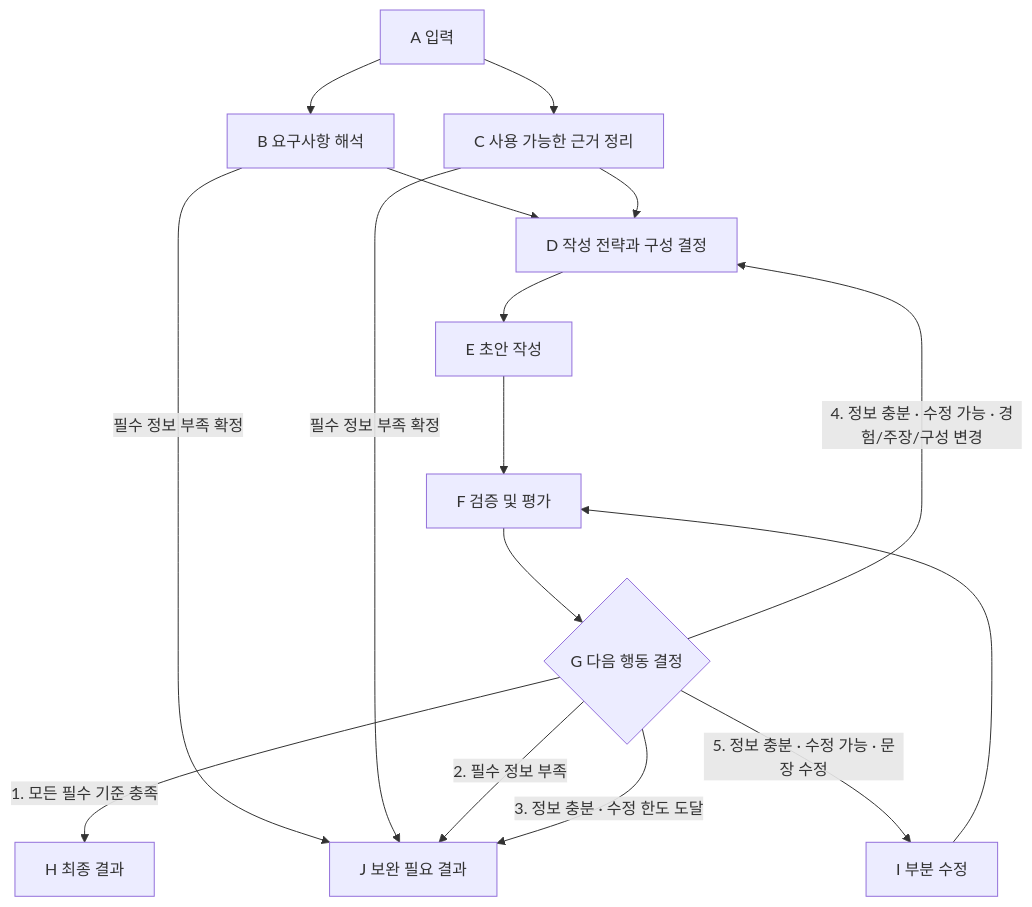
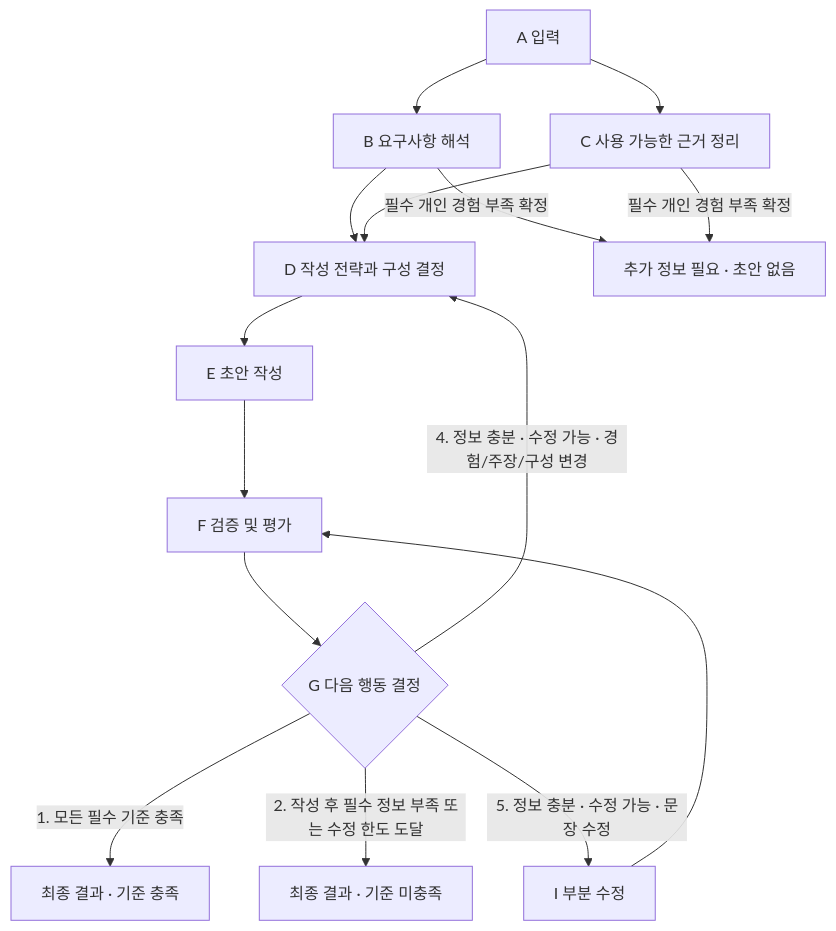
The diagram in docs/NODE_MIN_SPEC.md (gukastan/essay-service), drawn with Mermaid before and after one commit. The commit also changed other lines of this file and 51 other files, not shown here.

````diff
--- a/docs/NODE_MIN_SPEC.md
+++ b/docs/NODE_MIN_SPEC.md
@@ -13,18 +13,17 @@
 ```mermaid
 flowchart TD
     A["A 입력"] --> B["B 요구사항 해석"]
     A --> C["C 사용 가능한 근거 정리"]
     B --> D["D 작성 전략과 구성 결정"]
     C --> D
-    B -->|"필수 정보 부족 확정"| J["J 보완 필요 결과"]
-    C -->|"필수 정보 부족 확정"| J
+    B -->|"필수 개인 경험 부족 확정"| N["추가 정보 필요 · 초안 없음"]
+    C -->|"필수 개인 경험 부족 확정"| N
     D --> E["E 초안 작성"]
     E --> F["F 검증 및 평가"]
     F --> G{"G 다음 행동 결정"}
-    G -->|"1. 모든 필수 기준 충족"| H["H 최종 결과"]
-    G -->|"2. 필수 정보 부족"| J
-    G -->|"3. 정보 충분 · 수정 한도 도달"| J
+    G -->|"1. 모든 필수 기준 충족"| H["최종 결과 · 기준 충족"]
+    G -->|"2. 작성 후 필수 정보 부족 또는 수정 한도 도달"| U["최종 결과 · 기준 미충족"]
     G -->|"4. 정보 충분 · 수정 가능 · 경험/주장/구성 변경"| D
     G -->|"5. 정보 충분 · 수정 가능 · 문장 수정"| I["I 부분 수정"]
     I --> F
 ```
````
